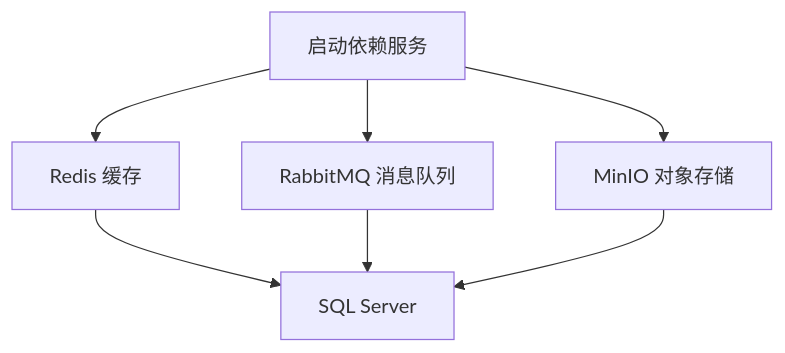
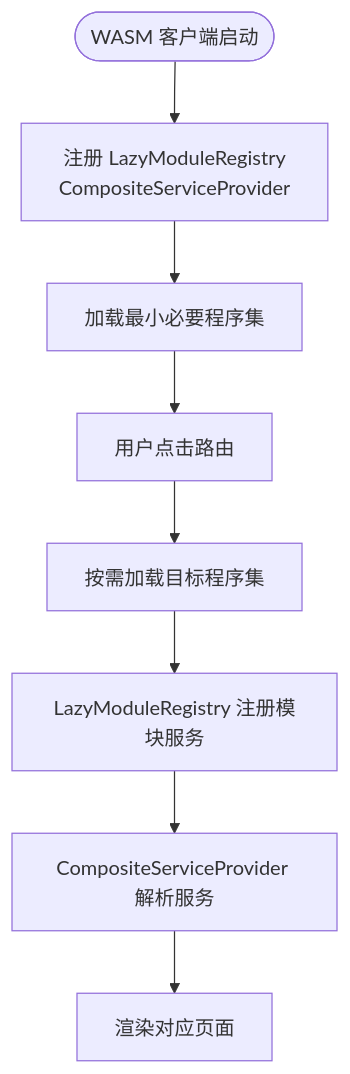
Before and after one commit to openlowcodelab/lowcode: the fourth of 6 diagrams in .qoder/repowiki/zh/content/项目概述.md, drawn with Mermaid. The commit also changed other lines of this file and 223 other files, not shown here.

````diff
--- a/.qoder/repowiki/zh/content/项目概述.md
+++ b/.qoder/repowiki/zh/content/项目概述.md
@@ -286,9 +177,10 @@
 ```mermaid
 flowchart TD
-    Start["启动依赖服务"] --> Redis["Redis 缓存"]
-    Start --> Rabbit["RabbitMQ 消息队列"]
-    Start --> MinIO["MinIO 对象存储"]
-    Redis --> DB["SQL Server"]
-    Rabbit --> DB
-    MinIO --> DB
+    Start(["WASM 客户端启动"]) --> RegisterDI["注册 LazyModuleRegistry<br/>CompositeServiceProvider"]
+    RegisterDI --> Boot["加载最小必要程序集"]
+    Boot --> Route["用户点击路由"]
+    Route --> LoadAsm["按需加载目标程序集"]
+    LoadAsm --> RegModules["LazyModuleRegistry 注册模块服务"]
+    RegModules --> Resolve["CompositeServiceProvider 解析服务"]
+    Resolve --> Render["渲染对应页面"]
 ```
````
